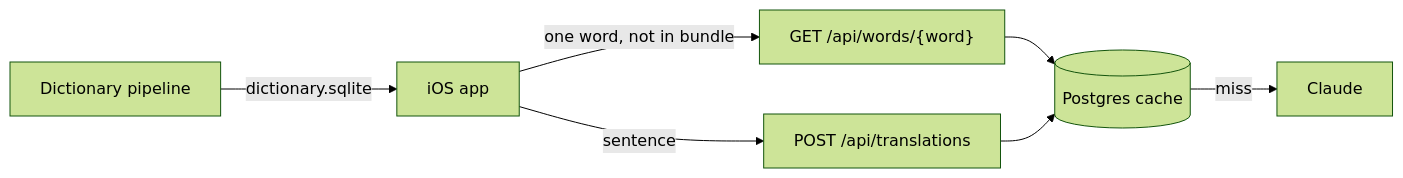
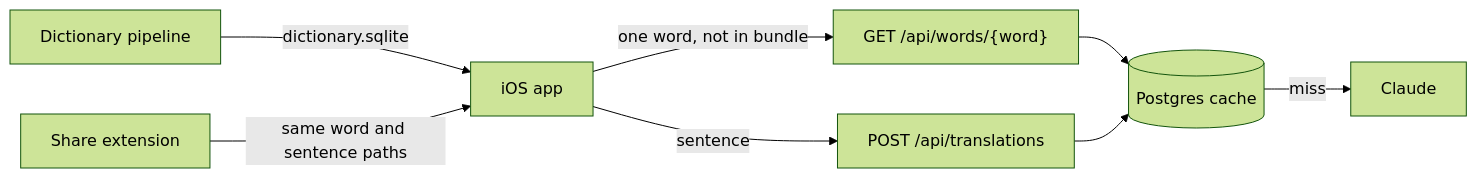
Before and after one commit to tranphuocloc070699/saynata: the diagram in backlog/docs/features/doc-3 - Features-overview.md, drawn with Mermaid (forest theme). The commit also changed other lines of this file and 18 other files, not shown here.

First line of the commit message:
TASK-30: share extension explains selected text in a sheet

````diff
--- a/backlog/docs/features/doc-3 - Features-overview.md
+++ b/backlog/docs/features/doc-3 - Features-overview.md
@@ -21,9 +22,10 @@
 ```mermaid
 flowchart LR
     P[Dictionary pipeline] -->|dictionary.sqlite| APP[iOS app]
     APP -->|"one word, not in bundle"| W["GET /api/words/{word}"]
     APP -->|sentence| T[POST /api/translations]
+    SHARE[Share extension] -->|same word and sentence paths| APP
     W --> BE[(Postgres cache)]
     T --> BE
     BE -->|miss| CL[Claude]
 ```
````
